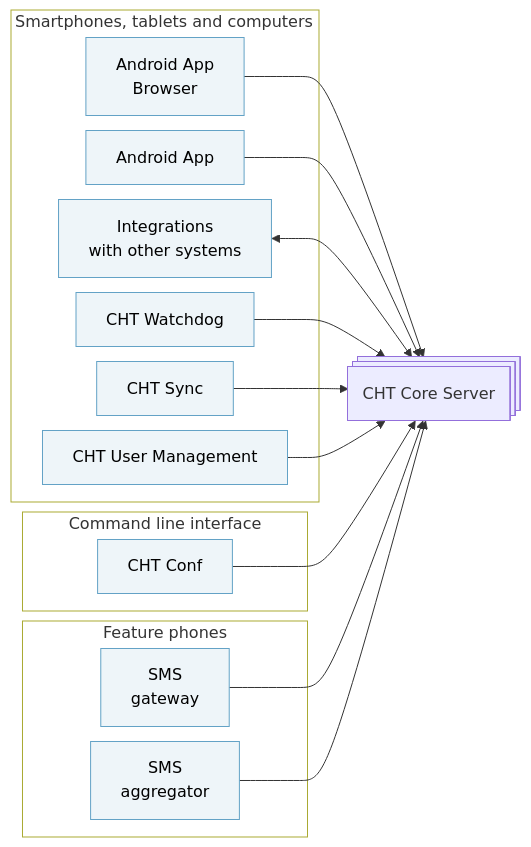
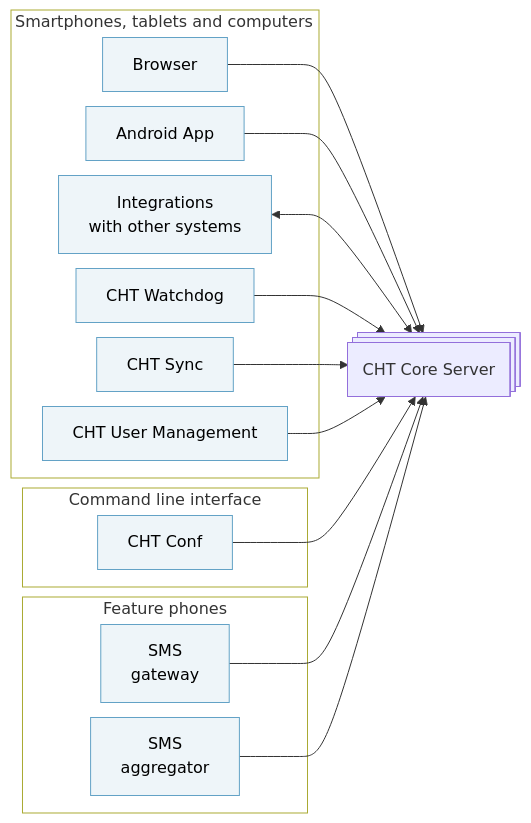
The diagram in content/en/technical-overview/architecture/overview.md (medic/cht-docs), drawn with Mermaid before and after one commit. The commit also changed 10 other files, not shown here.

````diff
--- a/content/en/technical-overview/architecture/overview.md
+++ b/content/en/technical-overview/architecture/overview.md
@@ -11,39 +11,39 @@
 ```mermaid
 %%{init:{'flowchart':{'nodeSpacing': 15, 'rankSpacing': 40, 'diagramPadding': 10, 'subGraphTitleMargin': { 'bottom': 10 }}}}%%
 flowchart LR
   classDef container stroke:#63a2c6, fill:#eef5f9, color:#000
   
 subgraph APPS[<div style="width: 300px; ">Smartphones, tablets and computers</div>]
-    Browser[Android App<br/>Browser]:::container
+    Browser[Browser]:::container
     Android[Android App]:::container
     Integrations[Integrations<br>with other systems]:::container
     Watchdog[CHT Watchdog]:::container
     Sync[CHT Sync]:::container
     UMT[CHT User Management]:::container
 end
 
 subgraph CMDL[Command line interface]
     Conf[CHT Conf]:::container
 end
 
 CHT@{ shape: procs, label: "CHT Core Server"}
 
 subgraph SMS[Feature phones]
 SMSG[SMS<br/>gateway]:::container
 SMSA[SMS<br/>aggregator]:::container
 end
 
 Browser --> CHT
 Android --> CHT
 Integrations <--> CHT
 Watchdog --> CHT
 Sync --> CHT
 Conf --> CHT
 UMT --> CHT
 SMSG --> CHT
 SMSA --> CHT
 
 style APPS fill: transparent
 style CMDL fill: transparent
 style SMS fill: transparent
 ```
````
